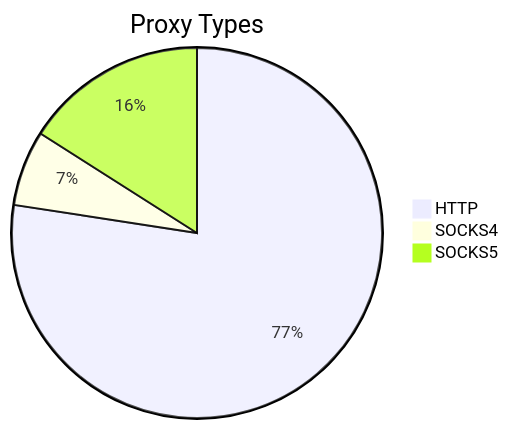
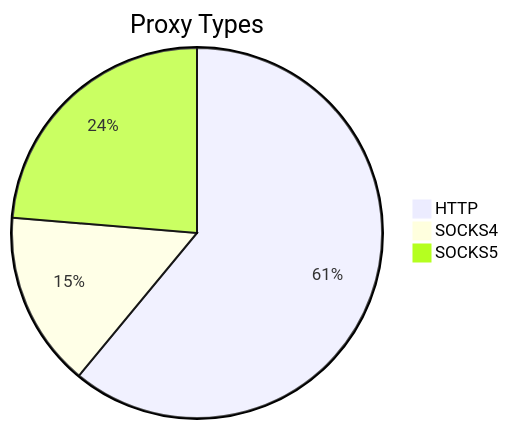
One commit to stormsia/proxy-list changed the first of 2 diagrams in README.md. Above: the diagram before and after it, drawn with Mermaid. The commit also changed other lines of this file, not shown here.

````diff
--- a/README.md
+++ b/README.md
@@ -21,6 +21,6 @@
 ```mermaid
 pie title Proxy Types
-    "HTTP" : 247
-    "SOCKS4" : 21
-    "SOCKS5" : 51
+    "HTTP" : 219
+    "SOCKS4" : 55
+    "SOCKS5" : 85
 ```
````
